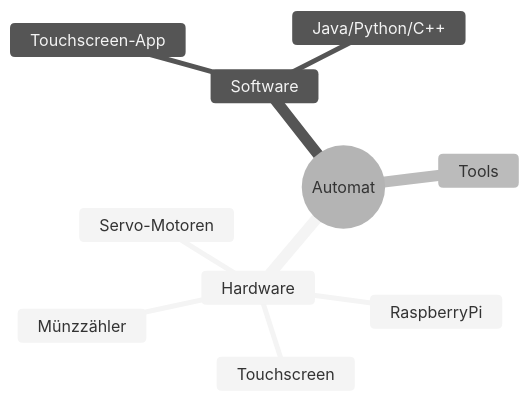
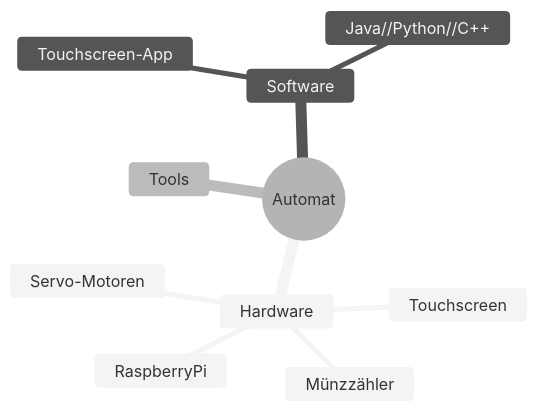
The diagram in README.md (Darabrob/Projekt_Automat), drawn with Mermaid (neutral theme) before and after one commit.

````diff
--- a/README.md
+++ b/README.md
@@ -3,15 +3,15 @@
 ```mermaid
 mindmap
   root((Automat))
     Hardware
       RaspberryPi
       Touchscreen
       Münzzähler
       Servo-Motoren
     Software
       Touchscreen-App
-      Java/Python/C++
+      Java//Python//C++
       
     Tools
 
 ```
````
